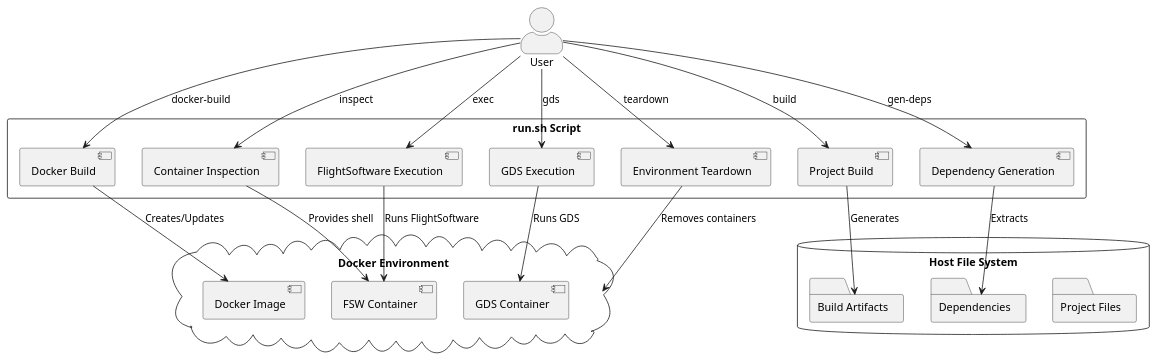
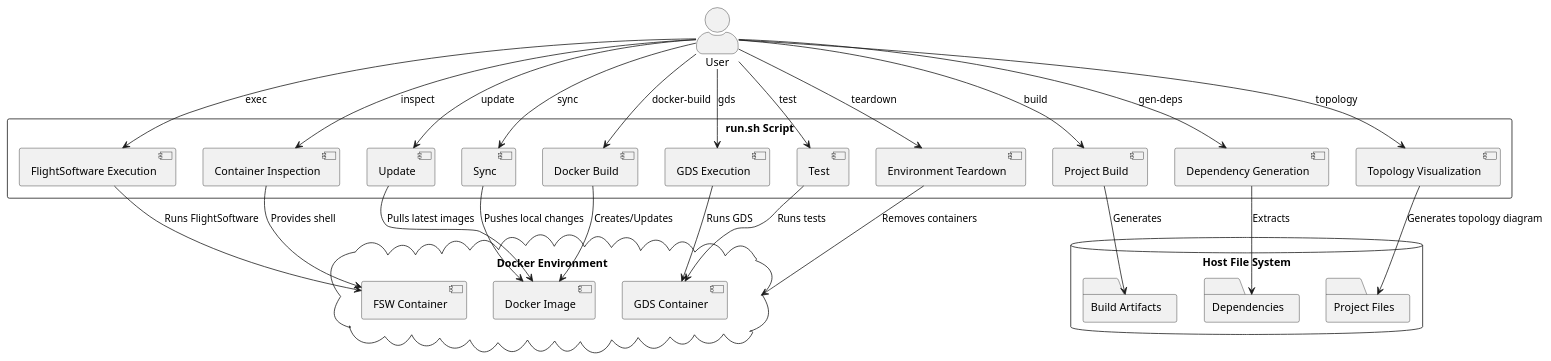
The first of 2 diagrams in README.org (ReggieMarr/MBSE_FSW), drawn with PlantUML before and after one commit. The commit also changed other lines of this file and 2 other files, not shown here.

Commit message:
Updated readme and run.sh to reflect the latest

```diff
--- a/README.org
+++ b/README.org
@@ -26,45 +27,57 @@
 #+begin_src plantuml :file .org_out/run.png :tangle .org_out/run.puml :exports results
 @startuml
 skinparam actorStyle awesome
 actor User
 
 rectangle "run.sh Script" {
   [Docker Build]
   [Project Build]
   [Container Inspection]
   [FlightSoftware Execution]
   [GDS Execution]
   [Dependency Generation]
   [Environment Teardown]
+  [Update]
+  [Sync]
+  [Test]
+  [Topology Visualization]
 }
 
 cloud "Docker Environment" {
   [Docker Image]
   [FSW Container]
   [GDS Container]
 }
 
 database "Host File System" {
   folder "Project Files"
   folder "Build Artifacts"
   folder "Dependencies"
 }
 
 User --> [Docker Build] : docker-build
 User --> [Project Build] : build
 User --> [Container Inspection] : inspect
 User --> [FlightSoftware Execution] : exec
 User --> [GDS Execution] : gds
 User --> [Dependency Generation] : gen-deps
 User --> [Environment Teardown] : teardown
+User --> [Update] : update
+User --> [Sync] : sync
+User --> [Test] : test
+User --> [Topology Visualization] : topology
 
 [Docker Build] --> [Docker Image] : Creates/Updates
 [Project Build] --> [Build Artifacts] : Generates
 [Container Inspection] --> [FSW Container] : Provides shell
 [FlightSoftware Execution] --> [FSW Container] : Runs FlightSoftware
 [GDS Execution] --> [GDS Container] : Runs GDS
 [Dependency Generation] --> [Dependencies] : Extracts
 [Environment Teardown] --> [Docker Environment] : Removes containers
+[Update] --> [Docker Image] : Pulls latest images
+[Sync] --> [Docker Image] : Pushes local changes
+[Test] --> [GDS Container] : Runs tests
+[Topology Visualization] --> [Project Files] : Generates topology diagram
 
 @enduml
 #+end_src
```
